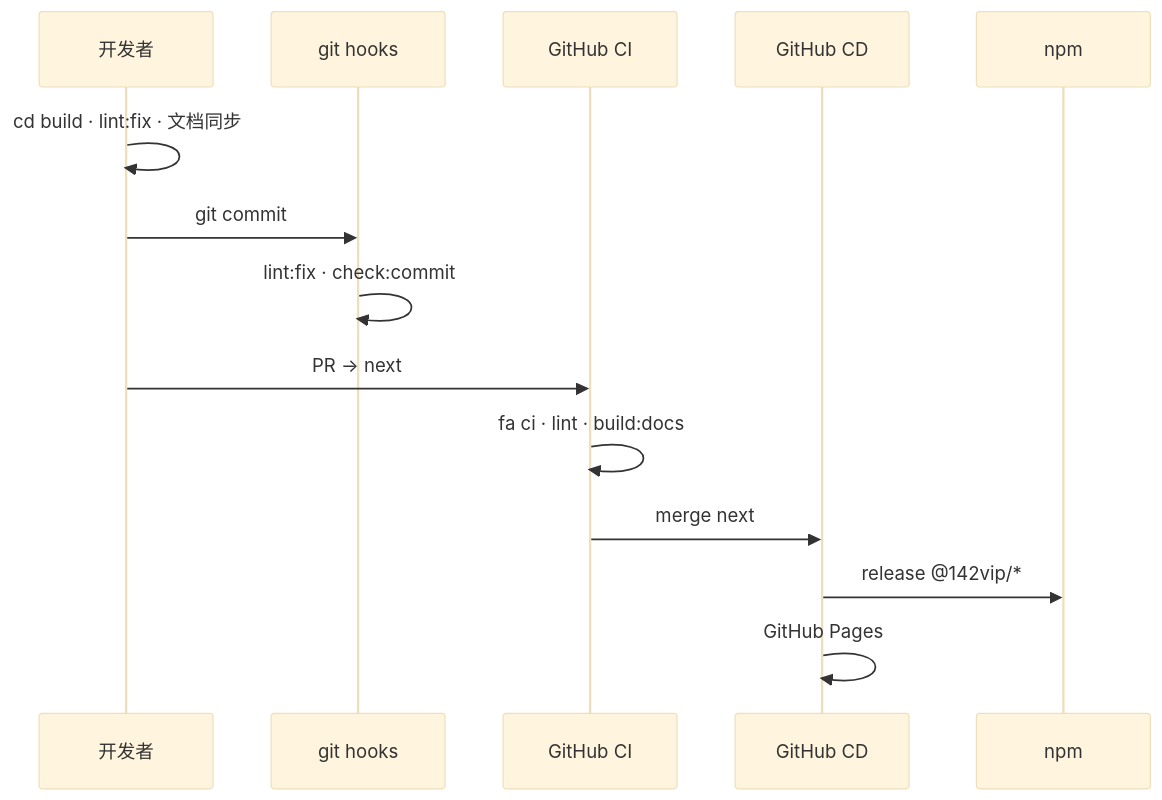
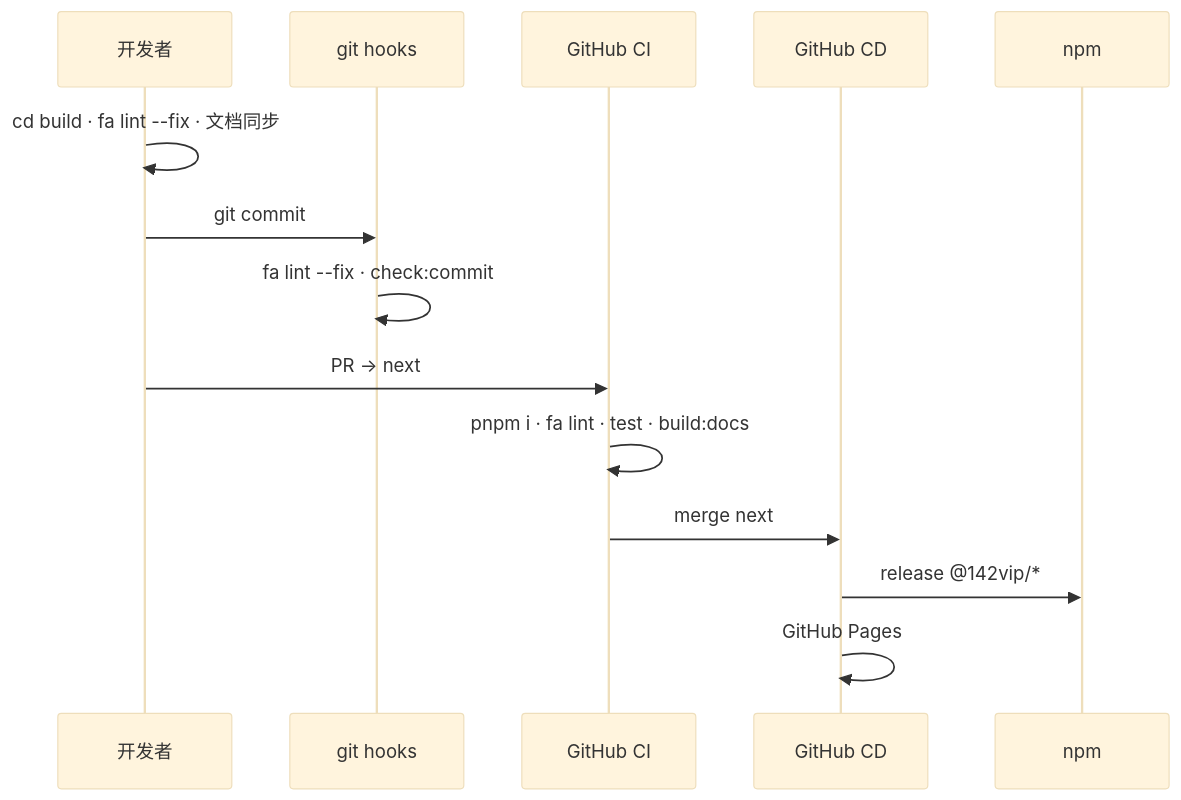
One commit to 142vip/core-x changed the fourth of 5 diagrams in README.md. Above: the diagram before and after it, drawn with Mermaid (base theme). The commit also changed other lines of this file and 5 other files, not shown here.

First line of the commit message:
docs: 对齐安装入口、`npx fa lint` 与 `pnpm verify`

````diff
--- a/README.md
+++ b/README.md
@@ -142,17 +147,17 @@
 ```mermaid
 sequenceDiagram
   participant Dev as 开发者
   participant Hook as git hooks
   participant CI as GitHub CI
   participant CD as GitHub CD
   participant NPM as npm
 
-  Dev->>Dev: cd build · lint:fix · 文档同步
+  Dev->>Dev: cd build · fa lint --fix · 文档同步
   Dev->>Hook: git commit
-  Hook->>Hook: lint:fix · check:commit
+  Hook->>Hook: fa lint --fix · check:commit
   Dev->>CI: PR → next
-  CI->>CI: fa ci · lint · build:docs
+  CI->>CI: pnpm i · fa lint · test · build:docs
   CI->>CD: merge next
   CD->>NPM: release @142vip/*
   CD->>CD: GitHub Pages
 ```
````
